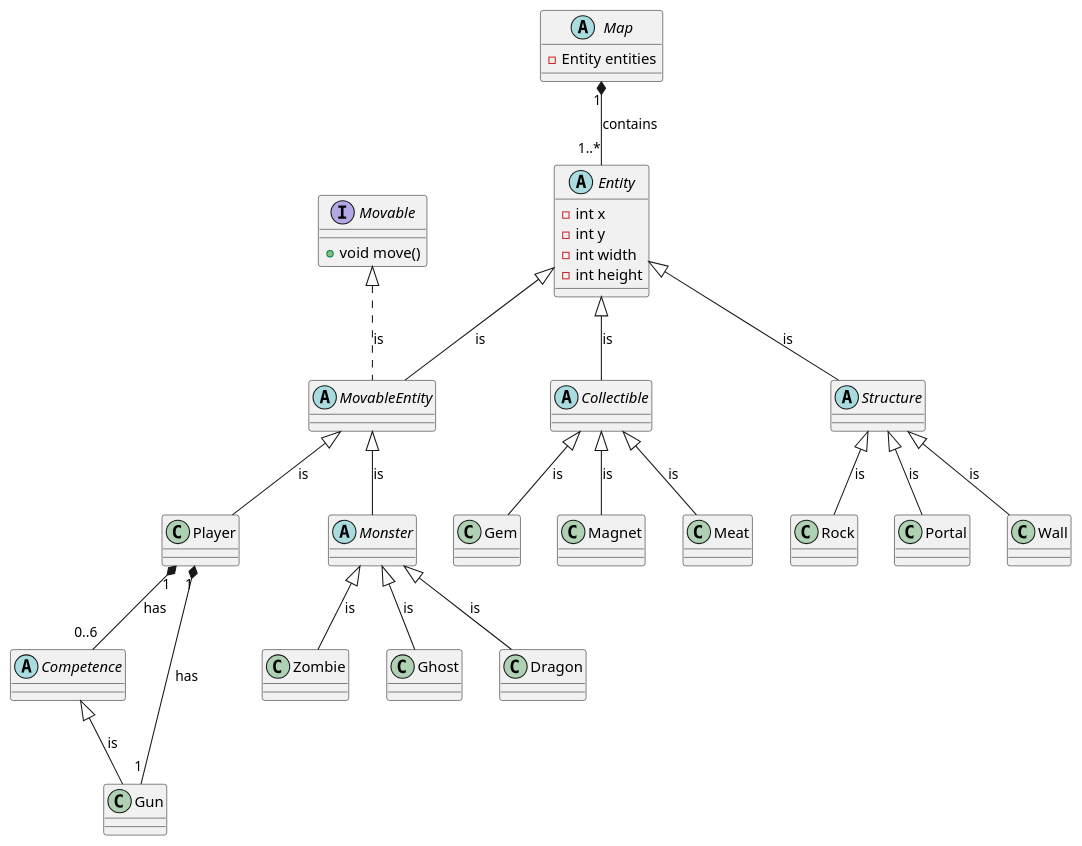
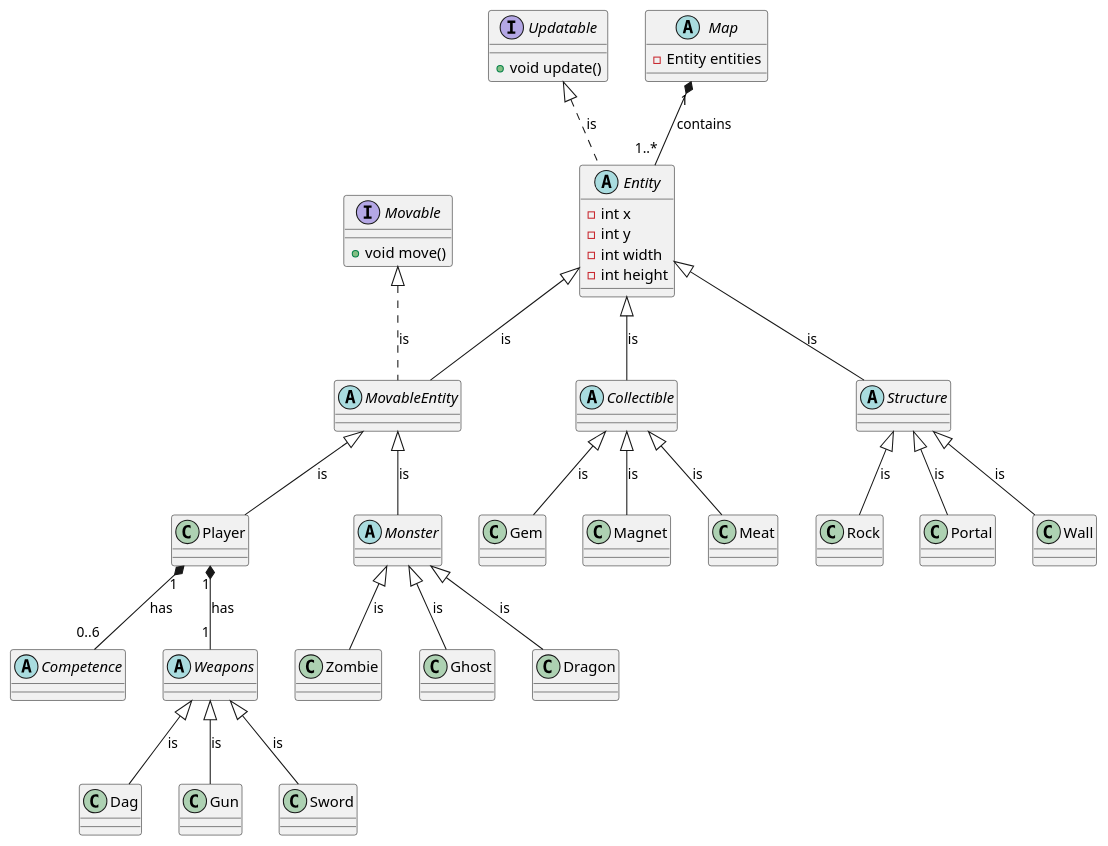
One commit to JFevil/PCOO_project changed the diagram in UML.puml. Above: the diagram before and after it, drawn with PlantUML. The commit also changed 5 other files, not shown here.

```diff
--- a/UML.puml
+++ b/UML.puml
@@ -1,61 +1,71 @@
 @startuml
 
 abstract class Entity {
     - int x
     - int y
     - int width
     - int height
 }
 
 interface Movable {
     +void move()
 }
 
+interface Updatable {
+    +void update()
+}
+
 abstract class MovableEntity
 class Player
 
 abstract class Competence
 
+abstract class Weapons
+class Dag
 class Gun
+class Sword
 
 abstract class Monster
 class Zombie
 class Ghost
 class Dragon
 
 abstract class Collectible
 class Gem
 class Magnet
 class Meat
 
 abstract class Structure
 class Rock
 class Portal
 class Wall
 
 abstract class Map {
     - Entity entities
 
 }
 
 Map "1" *-- "1..*" Entity : contains
 Entity <|-- MovableEntity : is
+Updatable <|.. Entity : is
 Movable <|.. MovableEntity : is
 MovableEntity <|-- Monster : is
 Monster <|-- Zombie : is
 Monster <|-- Ghost : is
 Monster <|-- Dragon : is
 MovableEntity <|-- Player : is
 Entity <|-- Collectible : is
 Collectible <|-- Gem : is
 Collectible <|-- Magnet : is
 Collectible <|-- Meat : is
 Entity <|-- Structure : is
 Structure <|-- Rock : is
 Structure <|-- Portal : is
 Structure <|-- Wall : is
-Player "1" *-- "1" Gun : has
 Player "1" *-- "0..6" Competence : has
-Competence <|-- Gun : is
+Player "1" *-- "1" Weapons : has
+Weapons <|-- Dag : is
+Weapons <|-- Gun : is
+Weapons <|-- Sword : is
 
 @enduml
```
